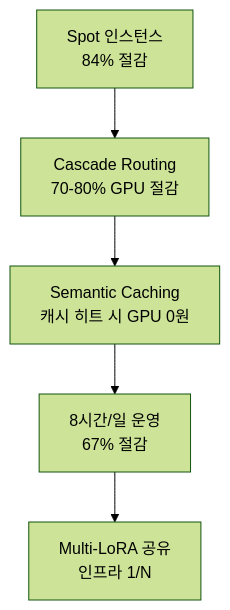
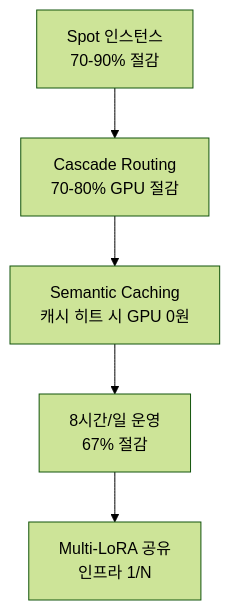
The second of 2 diagrams in docs/agentic-ai-platform/reference-architecture/index.md (devfloor9/engineering-playbook), drawn with Mermaid (forest theme) before and after one commit. The commit also changed other lines of this file and 49 other files, not shown here.

````diff
--- a/docs/agentic-ai-platform/reference-architecture/index.md
+++ b/docs/agentic-ai-platform/reference-architecture/index.md
@@ -184,7 +184,7 @@
 ```mermaid
 graph TD
-    A[Spot 인스턴스<br/>84% 절감] --> B[Cascade Routing<br/>70-80% GPU 절감]
+    A[Spot 인스턴스<br/>70-90% 절감] --> B[Cascade Routing<br/>70-80% GPU 절감]
     B --> C[Semantic Caching<br/>캐시 히트 시 GPU 0원]
     C --> D[8시간/일 운영<br/>67% 절감]
     D --> E[Multi-LoRA 공유<br/>인프라 1/N]
 ```
````
